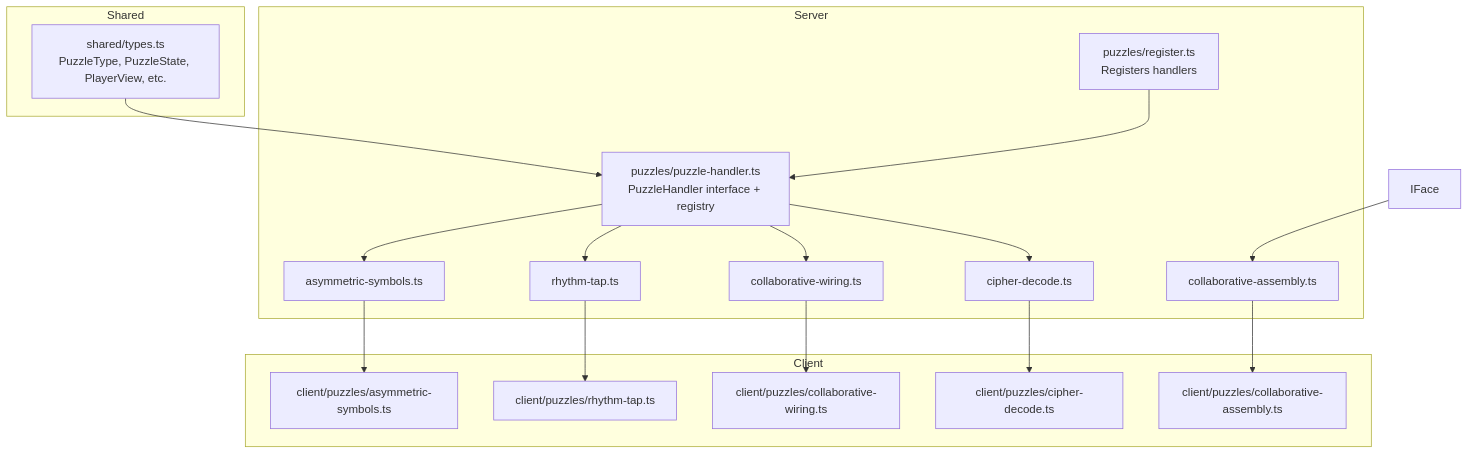
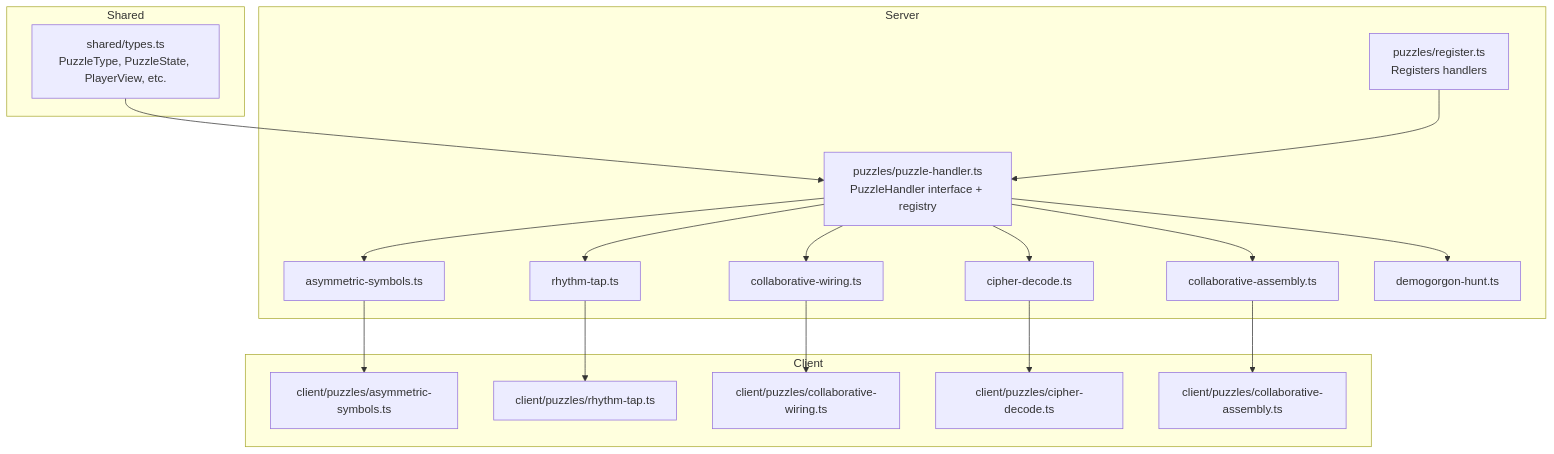
Before and after one commit to dkoukoul/escape-room-mvp: the first of 11 diagrams in .qoder/repowiki/en/content/Puzzle System/Puzzle System.md, drawn with Mermaid. The commit also changed other lines of this file and 21 other files, not shown here.

````diff
--- a/.qoder/repowiki/en/content/Puzzle System/Puzzle System.md
+++ b/.qoder/repowiki/en/content/Puzzle System/Puzzle System.md
@@ -41,34 +42,36 @@
 ```mermaid
 graph TB
 subgraph "Shared"
 T["shared/types.ts<br/>PuzzleType, PuzzleState, PlayerView, etc."]
 end
 subgraph "Server"
 REG["puzzles/register.ts<br/>Registers handlers"]
 IFACE["puzzles/puzzle-handler.ts<br/>PuzzleHandler interface + registry"]
 P1["asymmetric-symbols.ts"]
 P2["rhythm-tap.ts"]
 P3["collaborative-wiring.ts"]
 P4["cipher-decode.ts"]
 P5["collaborative-assembly.ts"]
+P6["demogorgon-hunt.ts"]
 end
 subgraph "Client"
 C1["client/puzzles/asymmetric-symbols.ts"]
 C2["client/puzzles/rhythm-tap.ts"]
 C3["client/puzzles/collaborative-wiring.ts"]
 C4["client/puzzles/cipher-decode.ts"]
 C5["client/puzzles/collaborative-assembly.ts"]
 end
 T --> IFACE
 REG --> IFACE
 IFACE --> P1
 IFACE --> P2
 IFACE --> P3
 IFACE --> P4
-IFace --> P5
+IFACE --> P5
+IFACE --> P6
 P1 --> C1
 P2 --> C2
 P3 --> C3
 P4 --> C4
 P5 --> C5
 ```
````
